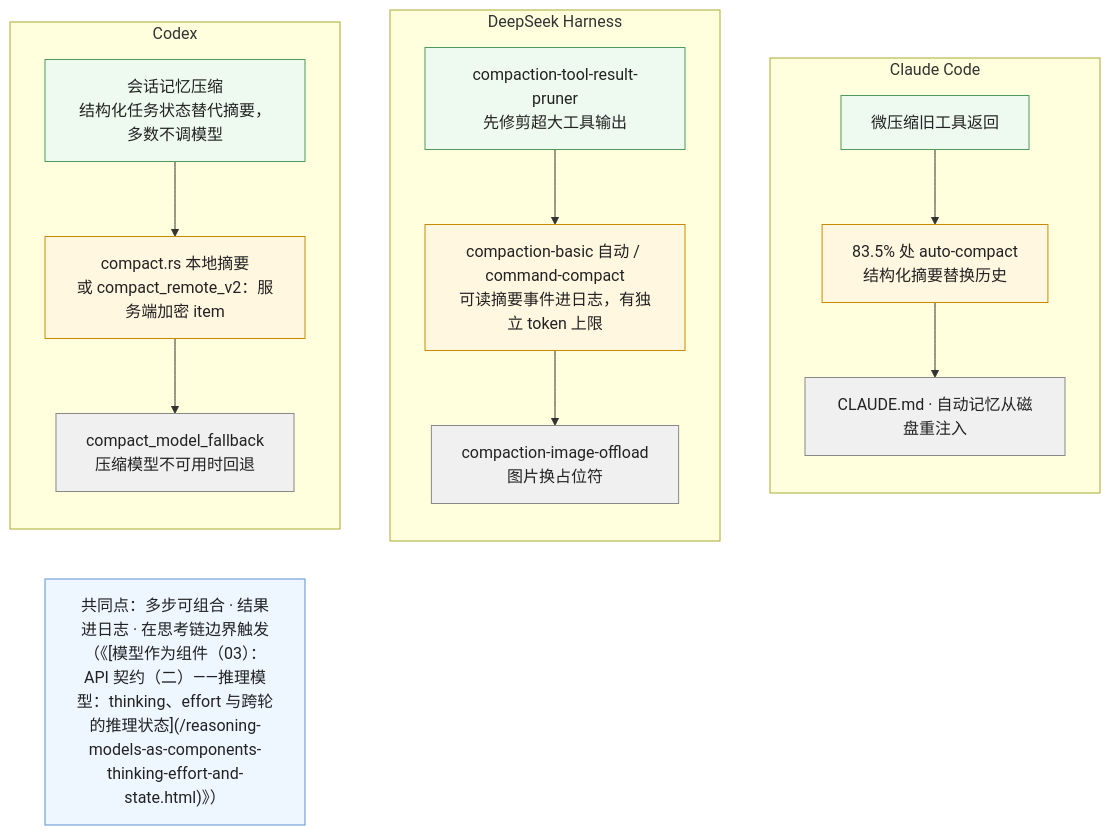
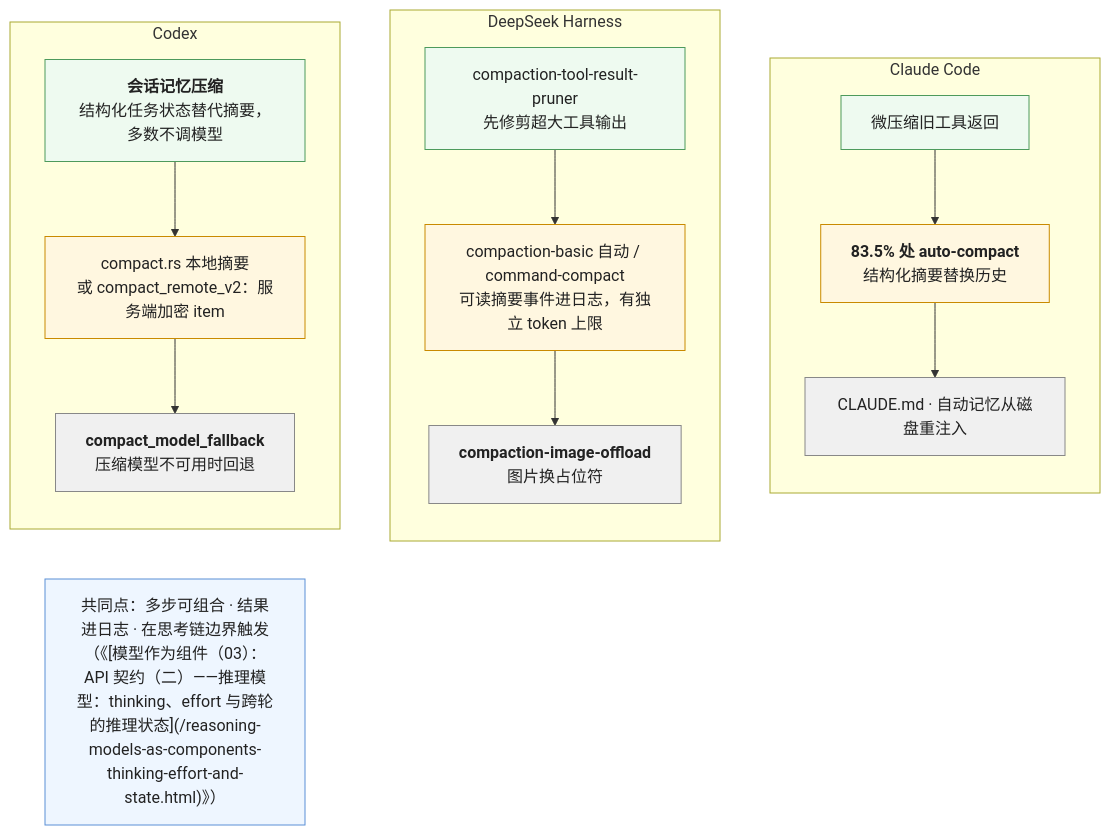
Before and after one commit to arganzheng/arganzheng.github.com: the third of 5 diagrams in _posts/2026-10-24-long-horizon-context-management-and-subagents.md, drawn with Mermaid. The commit also changed other lines of this file and 9 other files, not shown here.

First line of the commit message:
工具、Agent 与 harness：模型怎么从回答变成做事：Mermaid 多行方框的首行标为标题（10 篇）

````diff
--- a/_posts/2026-10-24-long-horizon-context-management-and-subagents.md
+++ b/_posts/2026-10-24-long-horizon-context-management-and-subagents.md
@@ -96,26 +96,26 @@
 ```mermaid
 %% 图：三个 harness 的压缩链都是「便宜的一步 → 摘要 → 回退」——Codex：会话记忆压缩（结构化任务状态，多数不调模型）→ compact.rs 本地摘要或 compact_remote_v2 服务端加密 item → compact_model_fallback；DeepSeek Harness：tool-result-pruner 修剪 → compaction-basic 自动摘要 / 命令 → 可读事件进日志；Claude Code：微压缩旧工具返回 → 83.5% 处 auto-compact → CLAUDE.md 重注入；都在思考链边界触发、结果都写进日志
 flowchart LR
     subgraph CX["Codex"]
         direction TB
-        C1["会话记忆压缩<br/>结构化任务状态替代摘要，多数不调模型"] --> C2["compact.rs 本地摘要<br/>或 compact_remote_v2：服务端加密 item"] --> C3["compact_model_fallback<br/>压缩模型不可用时回退"]
+        C1["<b>会话记忆压缩</b><br/>结构化任务状态替代摘要，多数不调模型"] --> C2["compact.rs 本地摘要<br/>或 compact_remote_v2：服务端加密 item"] --> C3["<b>compact_model_fallback</b><br/>压缩模型不可用时回退"]
     end
     subgraph DS["DeepSeek Harness"]
         direction TB
-        D1["compaction-tool-result-pruner<br/>先修剪超大工具输出"] --> D2["compaction-basic 自动 / command-compact<br/>可读摘要事件进日志，有独立 token 上限"] --> D3["compaction-image-offload<br/>图片换占位符"]
+        D1["compaction-tool-result-pruner<br/>先修剪超大工具输出"] --> D2["compaction-basic 自动 / command-compact<br/>可读摘要事件进日志，有独立 token 上限"] --> D3["<b>compaction-image-offload</b><br/>图片换占位符"]
     end
     subgraph CC["Claude Code"]
         direction TB
-        K1["微压缩旧工具返回"] --> K2["83.5% 处 auto-compact<br/>结构化摘要替换历史"] --> K3["CLAUDE.md · 自动记忆从磁盘重注入"]
+        K1["微压缩旧工具返回"] --> K2["<b>83.5% 处 auto-compact</b><br/>结构化摘要替换历史"] --> K3["CLAUDE.md · 自动记忆从磁盘重注入"]
     end
     CX ~~~ DS ~~~ CC
     N["共同点：多步可组合 · 结果进日志 · 在思考链边界触发（《[模型作为组件（03）：API 契约（二）——推理模型：thinking、effort 与跨轮的推理状态](/reasoning-models-as-components-thinking-effort-and-state.html)》）"]
     classDef cheap fill:#eefaf0,stroke:#4d9a5c,color:#222
     classDef sum fill:#fff7e0,stroke:#c98a00,color:#222
     classDef fb fill:#f0f0f0,stroke:#888,color:#222
     classDef n fill:#eef6ff,stroke:#5b8fd6,color:#222
     class C1,D1,K1 cheap
     class C2,D2,K2 sum
     class C3,D3,K3 fb
     class N n
 ```
````
